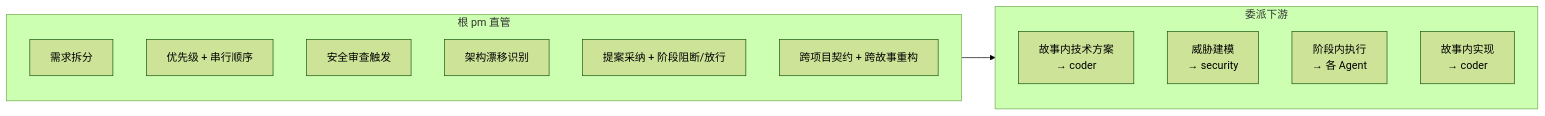
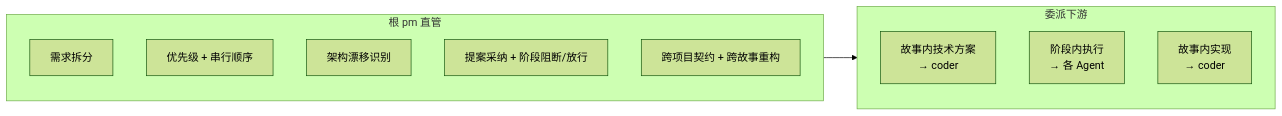
The second of 5 diagrams in agents/pm.md (effiy/YrY), drawn with Mermaid (forest theme) before and after one commit. The commit also changed other lines of this file and 91 other files, not shown here.

````diff
--- a/agents/pm.md
+++ b/agents/pm.md
@@ -44,19 +44,17 @@
 ```mermaid
 flowchart LR
     subgraph pm["根 pm 直管"]
         P1["需求拆分"]:::pm
         P2["优先级 + 串行顺序"]:::pm
-        P3["安全审查触发"]:::pm
         P4["架构漂移识别"]:::pm
         P5["提案采纳 + 阶段阻断/放行"]:::pm
         P6["跨项目契约 + 跨故事重构"]:::pm
     end
     subgraph del["委派下游"]
         D1["故事内技术方案<br/>→ coder"]:::del
-        D2["威胁建模<br/>→ security"]:::del
         D3["阶段内执行<br/>→ 各 Agent"]:::del
         D4["故事内实现<br/>→ coder"]:::del
     end
     pm --> del
 
 ```
````
